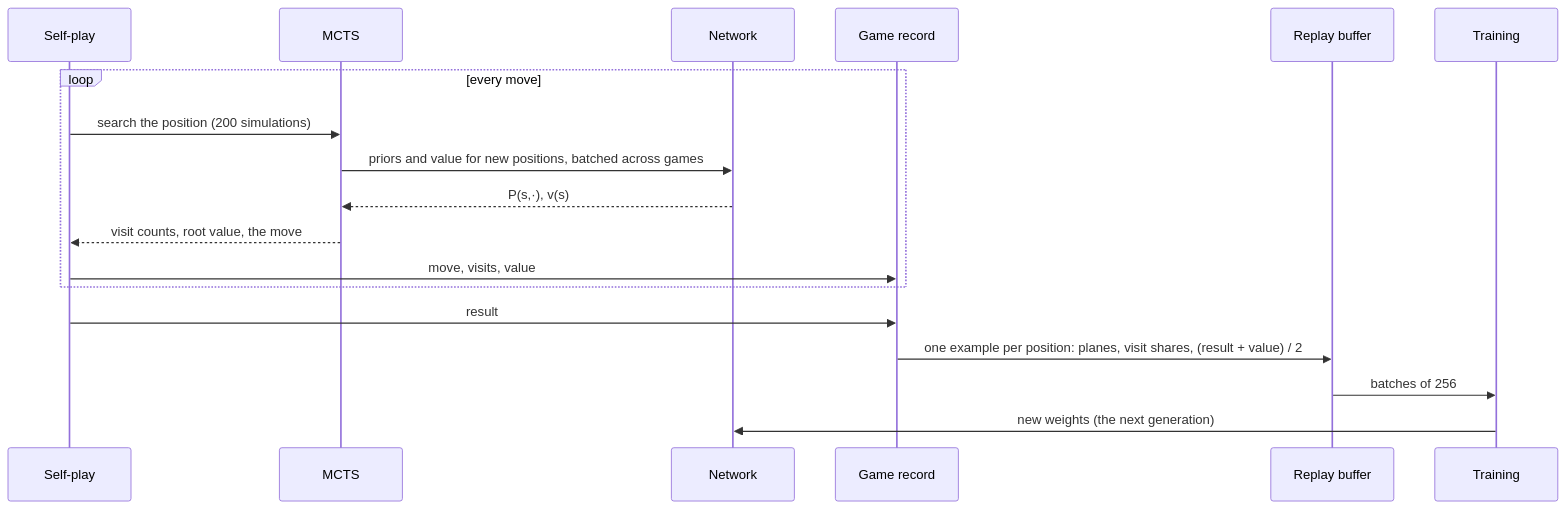
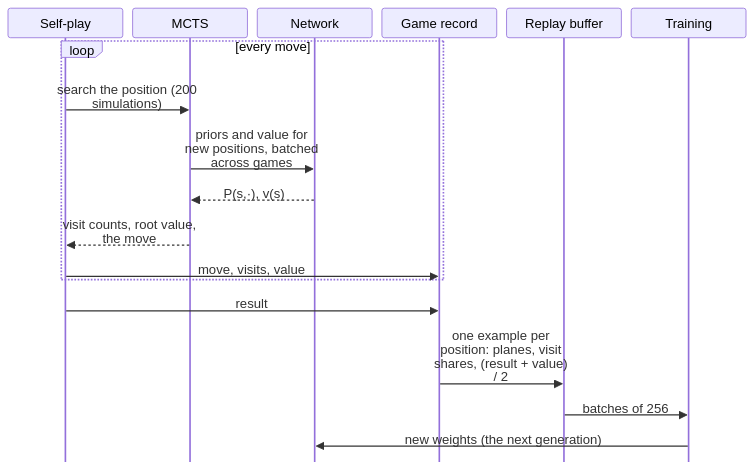
Before and after one commit to Aditya-00786/csf407-fable-chaturanga-zero: the second of 2 diagrams in docs/ARCHITECTURE.md, drawn with Mermaid. The commit also changed other lines of this file and 8 other files, not shown here.

First line of the commit message:
docs: full diagrams again, sized to fit a screen; Milestone 4 at 95%

````diff
--- a/docs/ARCHITECTURE.md
+++ b/docs/ARCHITECTURE.md
@@ -21,20 +55,21 @@
 ```mermaid
+%%{init: {"sequence": {"wrap": true, "width": 140, "height": 36, "actorMargin": 12, "messageMargin": 12, "boxMargin": 4, "noteMargin": 4, "mirrorActors": false, "messageFontSize": 12, "actorFontSize": 12, "noteFontSize": 12}, "themeVariables": {"fontSize": "12px"}}}%%
 sequenceDiagram
     participant SP as Self-play
     participant M as MCTS
     participant N as Network
     participant R as Game record
     participant B as Replay buffer
     participant T as Training
     loop every move
         SP->>M: search the position (200 simulations)
         M->>N: priors and value for new positions, batched across games
         N-->>M: P(s,·), v(s)
         M-->>SP: visit counts, root value, the move
         SP->>R: move, visits, value
     end
     SP->>R: result
     R->>B: one example per position: planes, visit shares, (result + value) / 2
     B->>T: batches of 256
     T->>N: new weights (the next generation)
 ```
````
